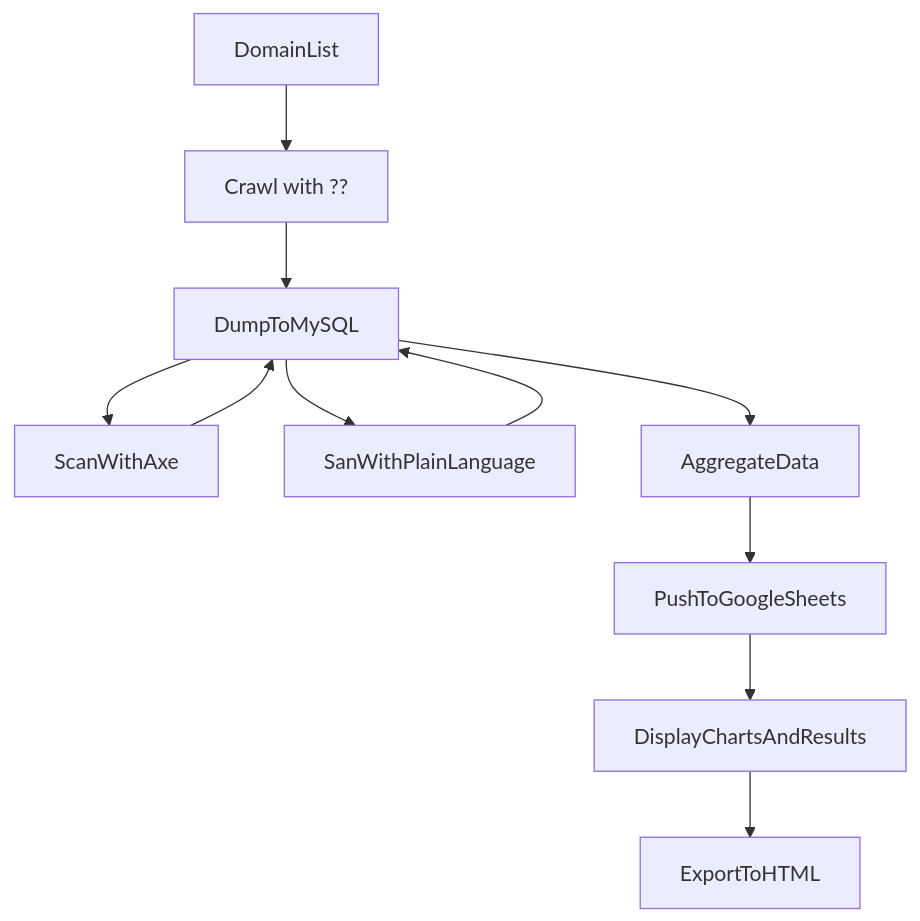
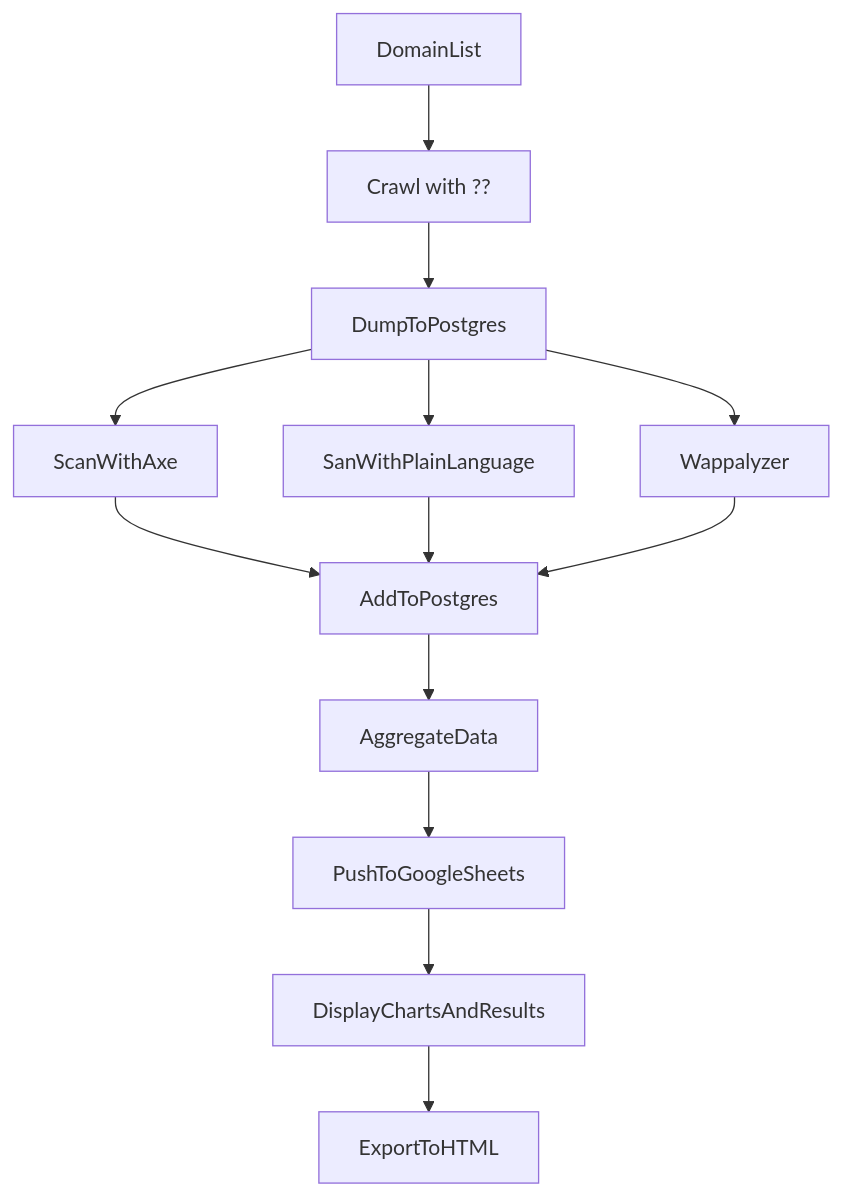
The first of 2 diagrams in a11y-data-crawls.md (mgifford/mermaid-graphs), drawn with Mermaid before and after one commit. The commit also changed other lines of this file, not shown here.

Commit message:
Updating chart

````diff
--- a/a11y-data-crawls.md
+++ b/a11y-data-crawls.md
@@ -5,13 +5,15 @@
 ```mermaid
 graph TD
     DomainList-->Crawl4URLs;
-    Crawl4URLs[Crawl with ??]-->DumpToMySQL;
-    DumpToMySQL-->ScanWithAxe;
-    ScanWithAxe-->DumpToMySQL;
-    DumpToMySQL-->SanWithPlainLanguage;
-    SanWithPlainLanguage-->DumpToMySQL;
-    DumpToMySQL-->AggregateData;
+    Crawl4URLs[Crawl with ??]-->DumpToPostgres;
+    DumpToPostgres-->ScanWithAxe;
+    DumpToPostgres-->SanWithPlainLanguage;
+    DumpToPostgres--> Wappalyzer;
+    ScanWithAxe-->AddToPostgres;
+    SanWithPlainLanguage-->AddToPostgres;
+    Wappalyzer-->AddToPostgres;
+    AddToPostgres-->AggregateData
     AggregateData-->PushToGoogleSheets;
     PushToGoogleSheets-->DisplayChartsAndResults;
     DisplayChartsAndResults-->ExportToHTML;
 ```
````
